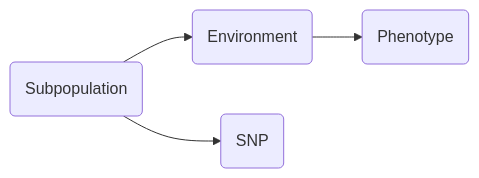
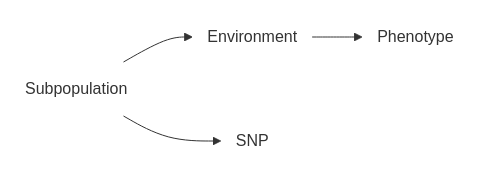
The sixth of 6 diagrams in docs/Bioinformatics_Concepts/Population_Stratification.md (trafalmadorian97/mecfs_bioinformatics), drawn with Mermaid before and after one commit. The commit also changed other lines of this file, not shown here.

````diff
--- a/docs/Bioinformatics_Concepts/Population_Stratification.md
+++ b/docs/Bioinformatics_Concepts/Population_Stratification.md
@@ -92,6 +114,11 @@
 ``` mermaid
 graph LR
 C(Subpopulation) --> D(Environment);
 C --> E(SNP)
 D --> B(Phenotype)
+
+
+classDef normal fill:transparent,stroke:transparent;
+classDef conditioned fill:transparent,stroke:#444,stroke-width:2px;
+class B,C,D,E normal;
 ```
````
